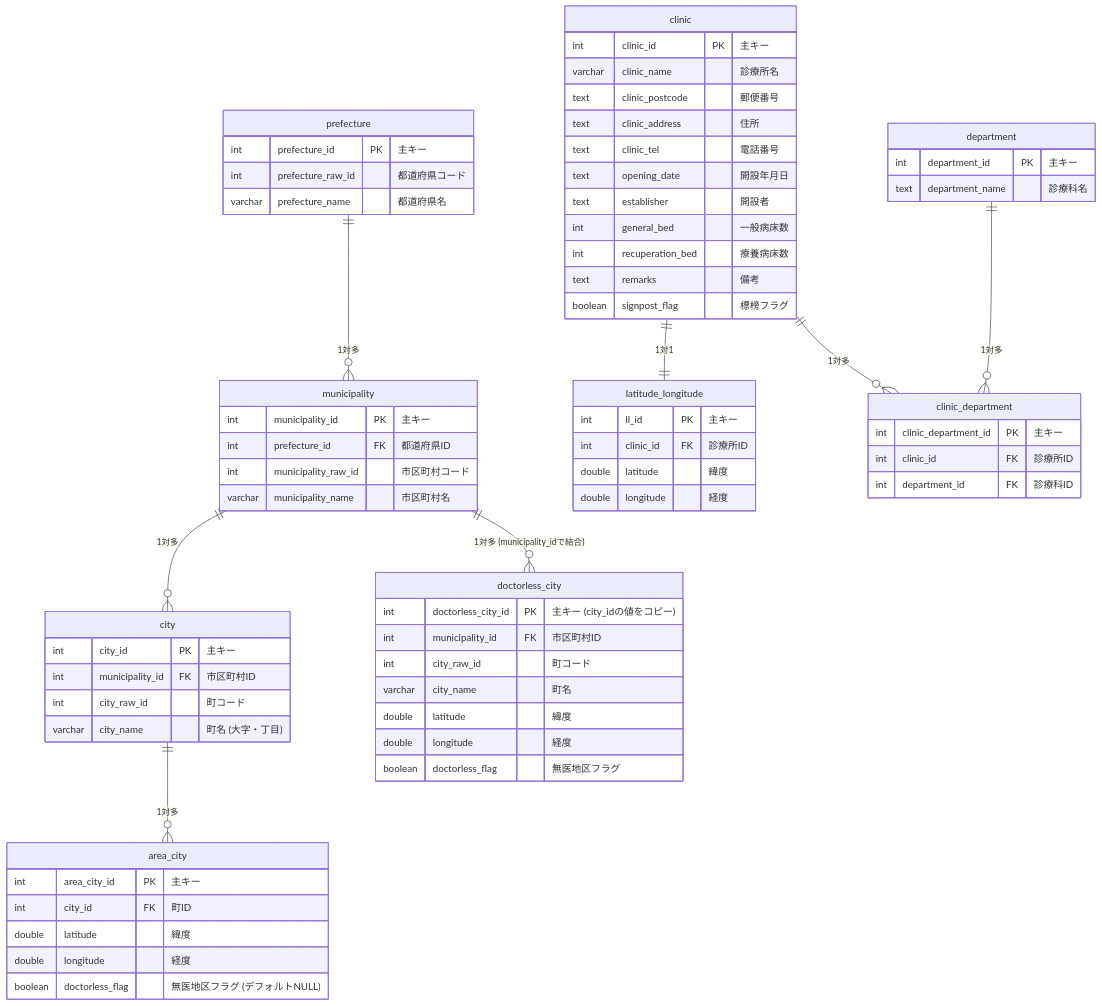
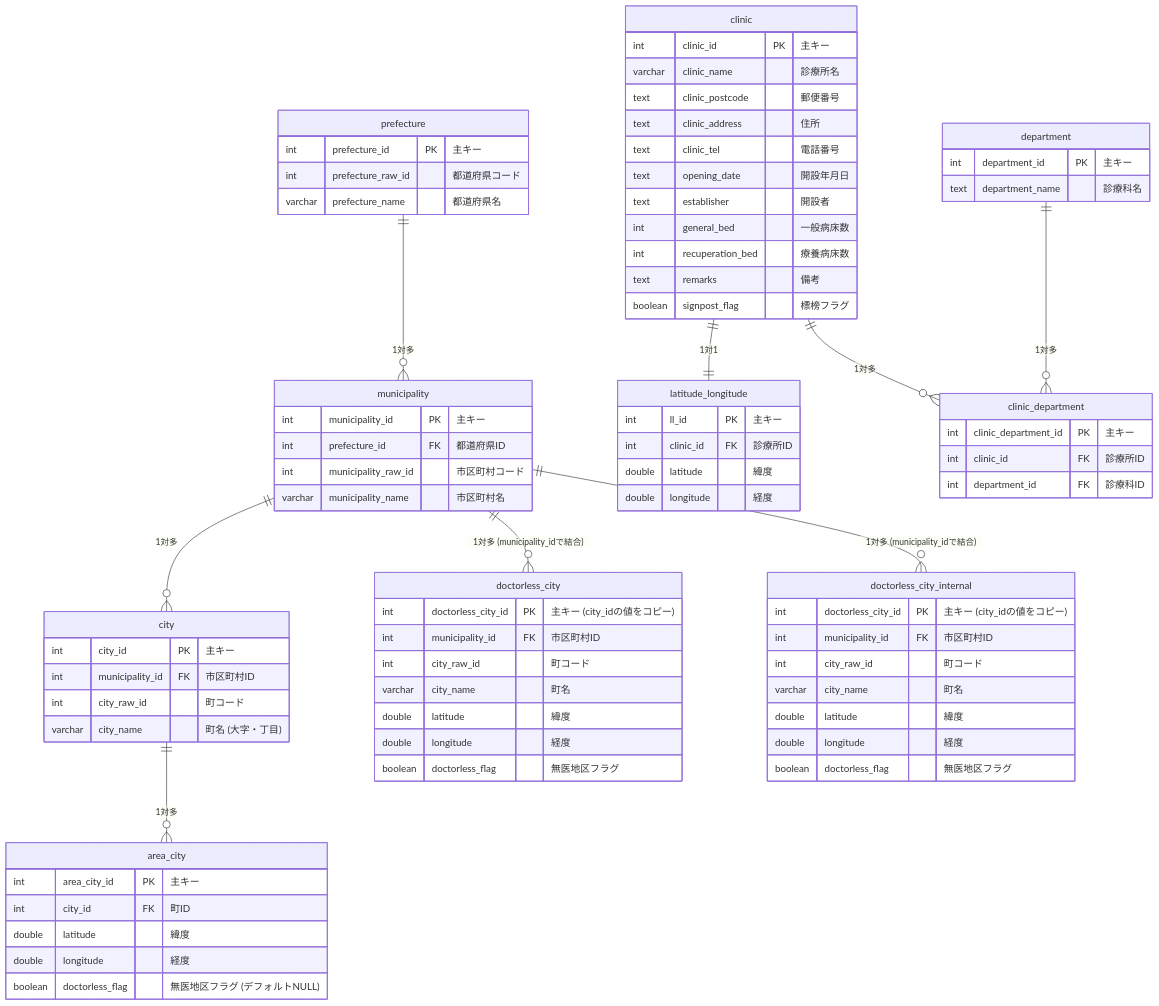
One commit to takaaaa-jun/2026_aws_event changed the first of 2 diagrams in docs/データベースのセットアップ手順.md. Above: the diagram before and after it, drawn with Mermaid. The commit also changed other lines of this file and 3 other files, not shown here.

Commit message:
fix: doctorless of internal

```diff
--- a/docs/データベースのセットアップ手順.md
+++ b/docs/データベースのセットアップ手順.md
@@ -36,6 +36,15 @@
         boolean doctorless_flag "無医地区フラグ (デフォルトNULL)"
     }
     doctorless_city {
+        int doctorless_city_id PK "主キー (city_idの値をコピー)"
+        int municipality_id FK "市区町村ID"
+        int city_raw_id "町コード"
+        varchar city_name "町名"
+        double latitude "緯度"
+        double longitude "経度"
+        boolean doctorless_flag "無医地区フラグ"
+    }
+    doctorless_city_internal {
         int doctorless_city_id PK "主キー (city_idの値をコピー)"
         int municipality_id FK "市区町村ID"
         int city_raw_id "町コード"
@@ -80,6 +89,7 @@
     municipality ||--o{ city : "1対多"
     city ||--o{ area_city : "1対多"
     municipality ||--o{ doctorless_city : "1対多 (municipality_idで結合)"
+    municipality ||--o{ doctorless_city_internal : "1対多 (municipality_idで結合)"
 
     clinic ||--|| latitude_longitude : "1対1"
     clinic ||--o{ clinic_department : "1対多"
```
